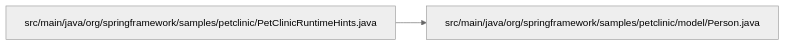
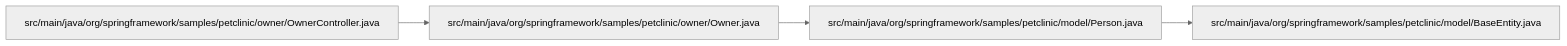
Before and after one commit to mohdzain98/gnost: the third of 3 diagrams in docs/gallery/spring-petclinic/flow/entry-paths.md, drawn with Mermaid (neutral theme). The commit also changed other lines of this file and 38 other files, not shown here.

````diff
--- a/docs/gallery/spring-petclinic/flow/entry-paths.md
+++ b/docs/gallery/spring-petclinic/flow/entry-paths.md
@@ -31,6 +37,10 @@
 ```mermaid
 flowchart LR
-  src_main_java_org_springframework_samples_petclinic_PetClinicRuntimeHints_java["src/main/java/org/springframework/samples/petclinic/PetClinicRuntimeHints.java"]
+  src_main_java_org_springframework_samples_petclinic_model_BaseEntity_java["src/main/java/org/springframework/samples/petclinic/model/BaseEntity.java"]
   src_main_java_org_springframework_samples_petclinic_model_Person_java["src/main/java/org/springframework/samples/petclinic/model/Person.java"]
-  src_main_java_org_springframework_samples_petclinic_PetClinicRuntimeHints_java --> src_main_java_org_springframework_samples_petclinic_model_Person_java
+  src_main_java_org_springframework_samples_petclinic_owner_Owner_java["src/main/java/org/springframework/samples/petclinic/owner/Owner.java"]
+  src_main_java_org_springframework_samples_petclinic_owner_OwnerController_java["src/main/java/org/springframework/samples/petclinic/owner/OwnerController.java"]
+  src_main_java_org_springframework_samples_petclinic_model_Person_java --> src_main_java_org_springframework_samples_petclinic_model_BaseEntity_java
+  src_main_java_org_springframework_samples_petclinic_owner_Owner_java --> src_main_java_org_springframework_samples_petclinic_model_Person_java
+  src_main_java_org_springframework_samples_petclinic_owner_OwnerController_java --> src_main_java_org_springframework_samples_petclinic_owner_Owner_java
 ```
````
